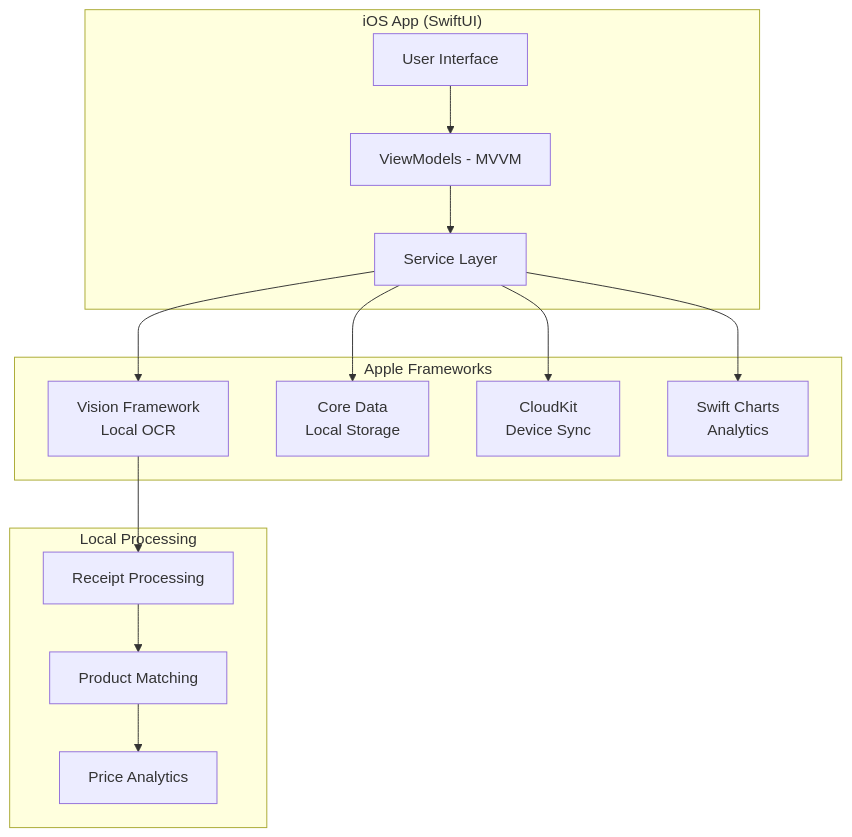
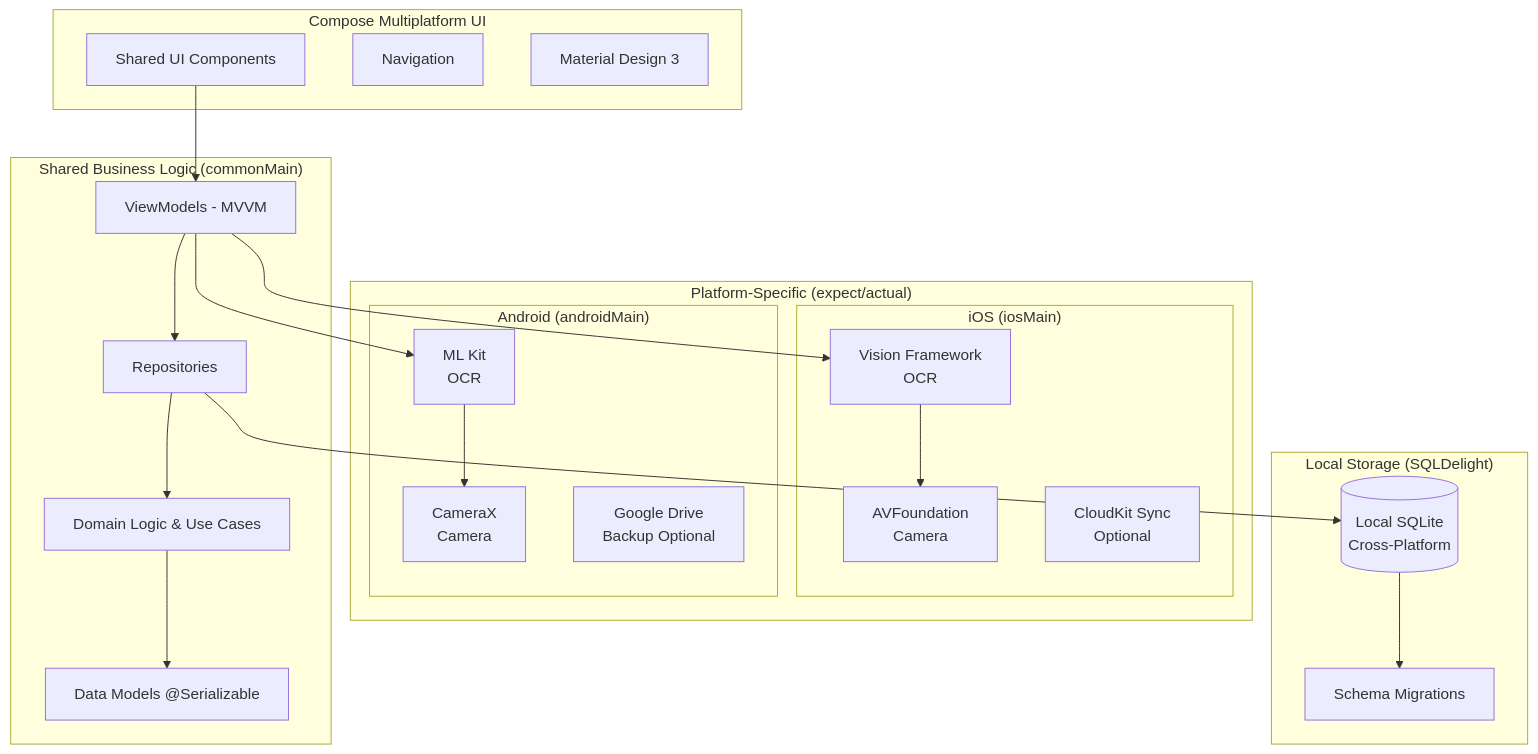
The first of 2 diagrams in spec/ExecutiveSummary.md (mpwg/AllesTeurer), drawn with Mermaid before and after one commit. The commit also changed other lines of this file and 73 other files, not shown here.

````diff
--- a/spec/ExecutiveSummary.md
+++ b/spec/ExecutiveSummary.md
@@ -22,32 +23,47 @@
 ```mermaid
 graph TB
-    subgraph "iOS App (SwiftUI)"
-        UI[User Interface]
-        VM[ViewModels - MVVM]
-        SERV[Service Layer]
+    subgraph "Compose Multiplatform UI"
+        UI[Shared UI Components]
+        NAV[Navigation]
+        THEME[Material Design 3]
     end
 
-    subgraph "Apple Frameworks"
-        VISION[Vision Framework<br/>Local OCR]
-        COREDATA[Core Data<br/>Local Storage]
-        CLOUDKIT[CloudKit<br/>Device Sync]
-        CHARTS[Swift Charts<br/>Analytics]
+    subgraph "Shared Business Logic (commonMain)"
+        VM[ViewModels - MVVM]
+        REPOS[Repositories]
+        DOMAIN[Domain Logic & Use Cases]
+        MODELS[Data Models @Serializable]
     end
 
-    subgraph "Local Processing"
-        OCR[Receipt Processing]
-        MATCH[Product Matching]
-        ANALYTICS[Price Analytics]
+    subgraph "Platform-Specific (expect/actual)"
+        subgraph "iOS (iosMain)"
+            VISION[Vision Framework<br/>OCR]
+            IOS_CAM[AVFoundation<br/>Camera]
+            CLOUDKIT[CloudKit Sync<br/>Optional]
+        end
+
+        subgraph "Android (androidMain)"
+            MLKIT[ML Kit<br/>OCR]
+            AND_CAM[CameraX<br/>Camera]
+            GDRIVE[Google Drive<br/>Backup Optional]
+        end
+    end
+
+    subgraph "Local Storage (SQLDelight)"
+        DB[(Local SQLite<br/>Cross-Platform)]
+        MIGRATIONS[Schema Migrations]
     end
 
     UI --> VM
-    VM --> SERV
-    SERV --> VISION
-    SERV --> COREDATA
-    SERV --> CLOUDKIT
-    SERV --> CHARTS
+    VM --> REPOS
+    REPOS --> DOMAIN
+    DOMAIN --> MODELS
 
-    VISION --> OCR
-    OCR --> MATCH
-    MATCH --> ANALYTICS
+    VM --> VISION
+    VM --> MLKIT
+    REPOS --> DB
+
+    VISION --> IOS_CAM
+    MLKIT --> AND_CAM
+    DB --> MIGRATIONS
 ```
````
